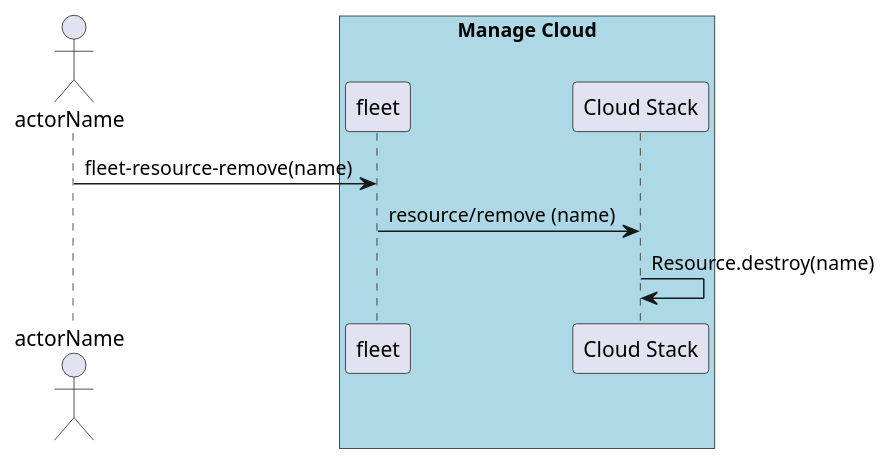
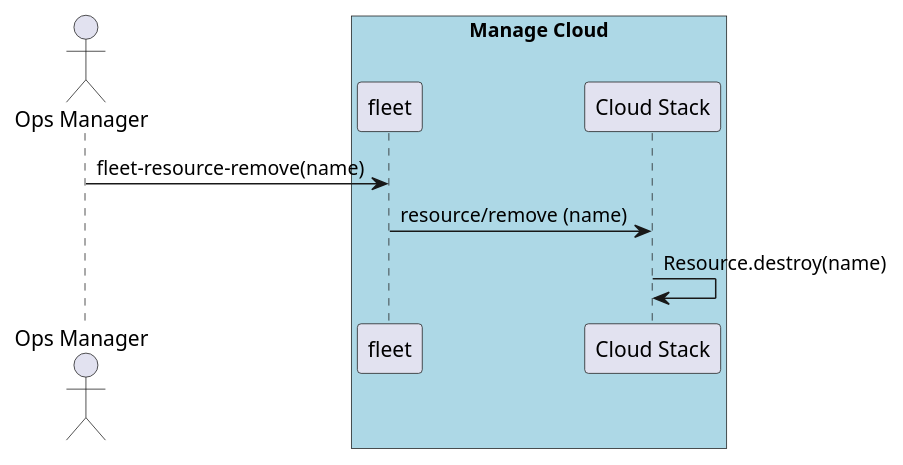
Before and after one commit to CAADE/fleet: the diagram in docs/UseCases/Manage-Clouds/Remove-Resource.puml, drawn with PlantUML. The commit also changed 79 other files, not shown here.

```diff
--- a/docs/UseCases/Manage-Clouds/Remove-Resource.puml
+++ b/docs/UseCases/Manage-Clouds/Remove-Resource.puml
@@ -1,12 +1,12 @@
 @startuml
-Actor "actorName" as A
+Actor "Ops Manager" as A
 
 box "Manage Cloud" #lightblue
 participant "fleet" as S
 A -> S : fleet-resource-remove(name)
 participant "Cloud Stack" as CS
 S -> CS : resource/remove (name)
 CS -> CS : Resource.destroy(name)
 end box
 
 @enduml
```
